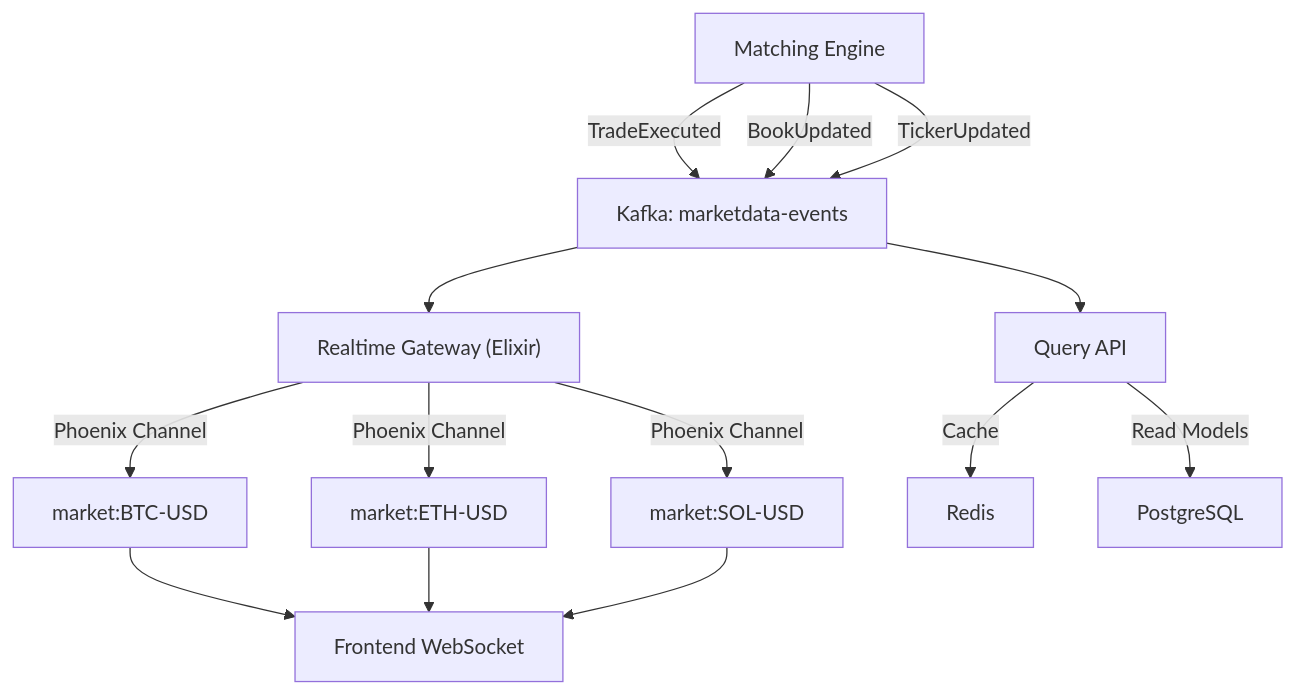
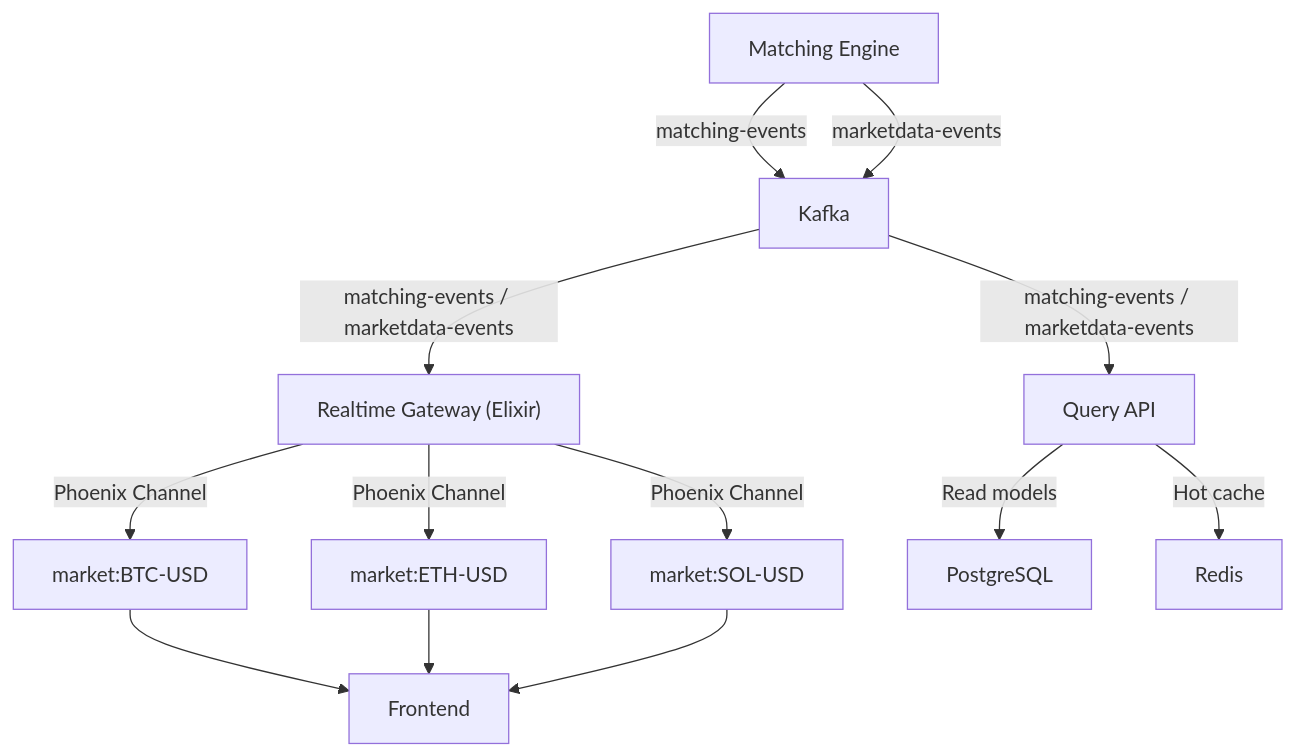
One commit to raidenario/trading changed the fourth of 5 diagrams in libs/docs/architecture-diagrams.md. Above: the diagram before and after it, drawn with Mermaid. The commit also changed other lines of this file and 15 other files, not shown here.

Commit message:
feat\kafka e arrumando matching-engine com cmake

````diff
--- a/libs/docs/architecture-diagrams.md
+++ b/libs/docs/architecture-diagrams.md
@@ -121,20 +152,19 @@
 ```mermaid
 flowchart TB
-    ME["Matching Engine"] -->|TradeExecuted| KF["Kafka: marketdata-events"]
-    ME -->|BookUpdated| KF
-    ME -->|TickerUpdated| KF
+    ME["Matching Engine"] -->|matching-events| KF["Kafka"]
+    ME -->|marketdata-events| KF
 
-    KF --> RT["Realtime Gateway (Elixir)"]
-    KF --> QA["Query API"]
+    KF -->|matching-events / marketdata-events| RT["Realtime Gateway (Elixir)"]
+    KF -->|matching-events / marketdata-events| QA["Query API"]
 
     RT -->|Phoenix Channel| WS1["market:BTC-USD"]
     RT -->|Phoenix Channel| WS2["market:ETH-USD"]
     RT -->|Phoenix Channel| WS3["market:SOL-USD"]
 
-    WS1 --> FE["Frontend WebSocket"]
+    WS1 --> FE["Frontend"]
     WS2 --> FE
     WS3 --> FE
 
-    QA -->|Cache| RD["Redis"]
-    QA -->|Read Models| PG["PostgreSQL"]
+    QA -->|Read models| PG["PostgreSQL"]
+    QA -->|Hot cache| RD["Redis"]
 ```
````
